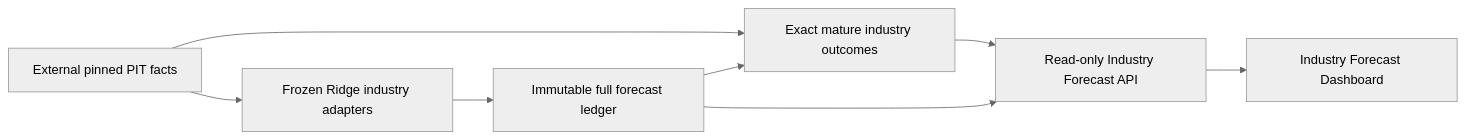
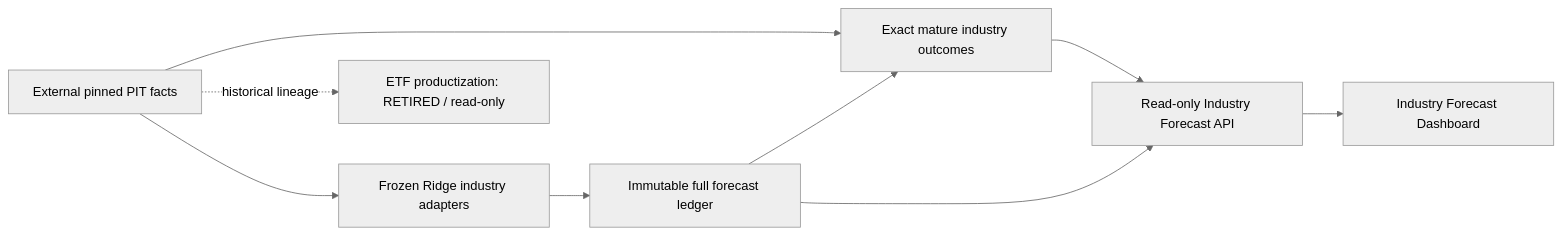
The diagram in README.md (WynterYaxley123/quant-trading), drawn with Mermaid (neutral theme) before and after one commit. The commit also changed other lines of this file and 34 other files, not shown here.

````diff
--- a/README.md
+++ b/README.md
@@ -101,10 +101,11 @@
 ```mermaid
 flowchart LR
  F[External pinned PIT facts] --> M[Frozen Ridge industry adapters]
+ F -. historical lineage .-> H[ETF productization: RETIRED / read-only]
  M --> L[Immutable full forecast ledger]
  F --> E[Exact mature industry outcomes]
  L --> E
  E --> A[Read-only Industry Forecast API]
  L --> A
  A --> D[Industry Forecast Dashboard]
 ```
````
